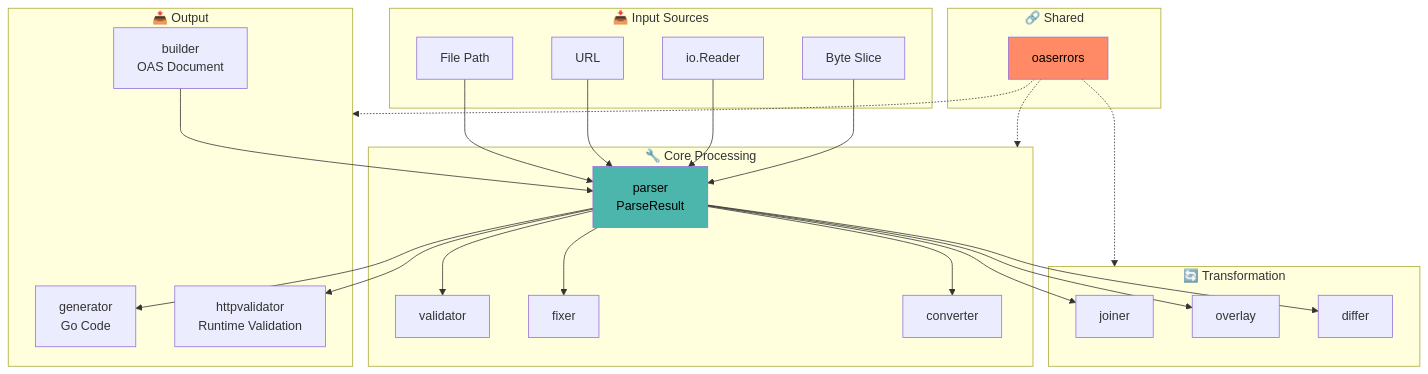
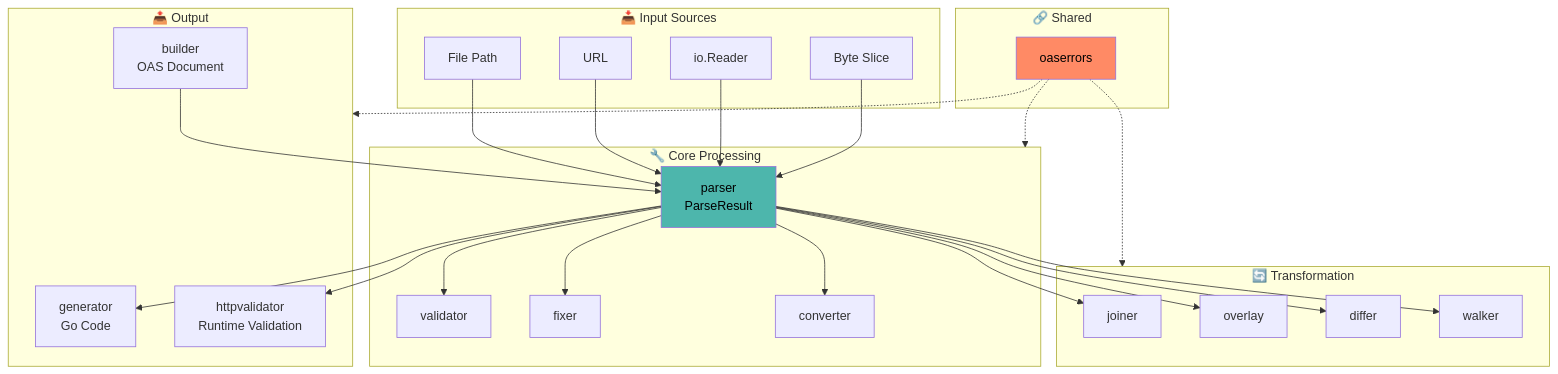
Before and after one commit to erraggy/oastools: the diagram in docs/whitepaper.md, drawn with Mermaid. The commit also changed other lines of this file and 31 other files, not shown here.

````diff
--- a/docs/whitepaper.md
+++ b/docs/whitepaper.md
@@ -150,55 +152,57 @@
 ```mermaid
 flowchart TB
     subgraph Input["📥 Input Sources"]
         File[File Path]
         URL[URL]
         Reader[io.Reader]
         Bytes[Byte Slice]
     end
 
     subgraph Core["🔧 Core Processing"]
         Parser[parser<br/>ParseResult]
         Validator[validator]
         Fixer[fixer]
         Converter[converter]
     end
 
     subgraph Transform["🔄 Transformation"]
         Joiner[joiner]
         Overlay[overlay]
         Differ[differ]
+        Walker[walker]
     end
 
     subgraph Output["📤 Output"]
         Generator[generator<br/>Go Code]
         Builder[builder<br/>OAS Document]
         HTTPValidator[httpvalidator<br/>Runtime Validation]
     end
 
     subgraph Shared["🔗 Shared"]
         OASErrors[oaserrors]
     end
 
     File --> Parser
     URL --> Parser
     Reader --> Parser
     Bytes --> Parser
 
     Parser --> Validator
     Parser --> Fixer
     Parser --> Converter
     Parser --> Joiner
     Parser --> Overlay
     Parser --> Differ
+    Parser --> Walker
     Parser --> Generator
     Parser --> HTTPValidator
 
     Builder --> Parser
 
     OASErrors -.-> Core
     OASErrors -.-> Transform
     OASErrors -.-> Output
 
     style Parser fill:#4db6ac,color:#000
     style OASErrors fill:#ff8a65,color:#000
 ```
````
